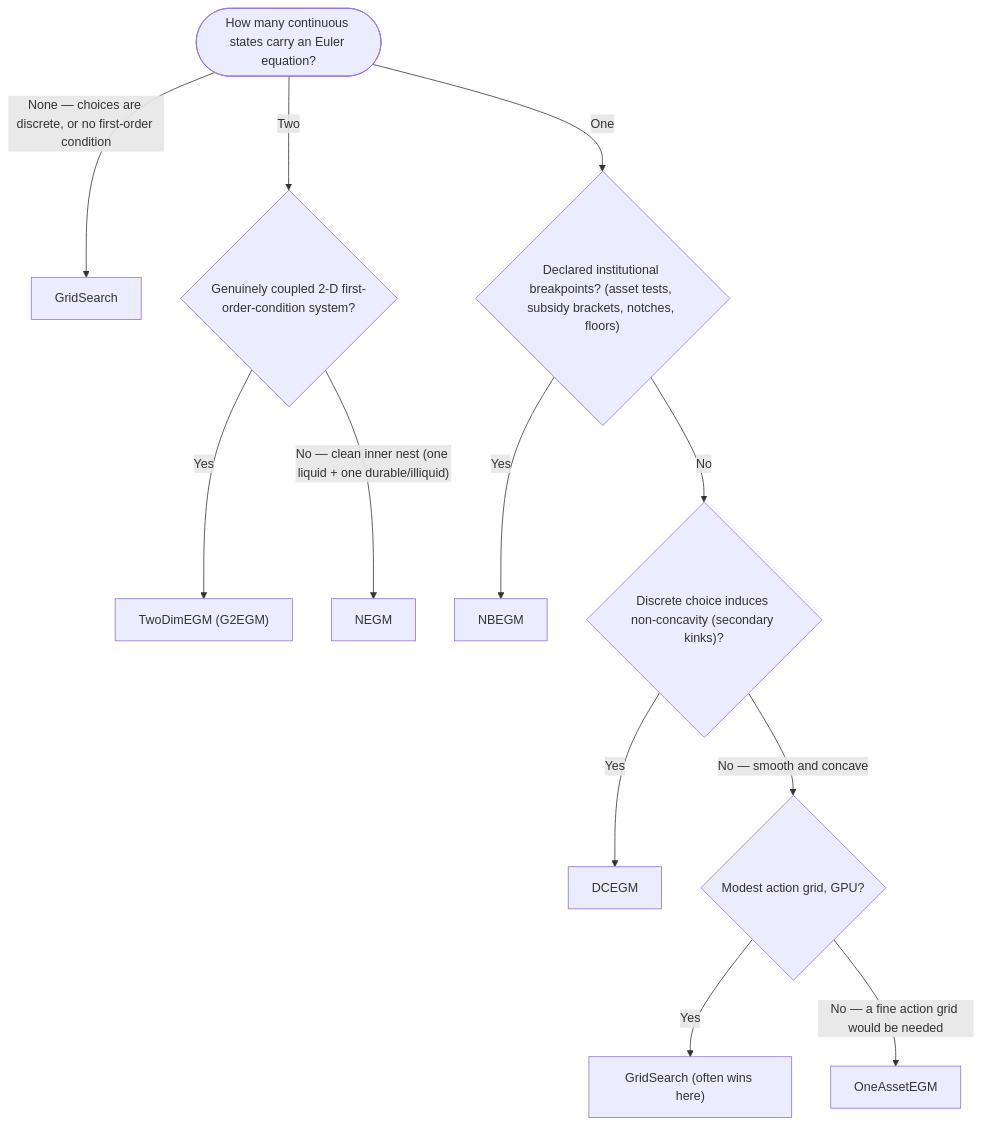
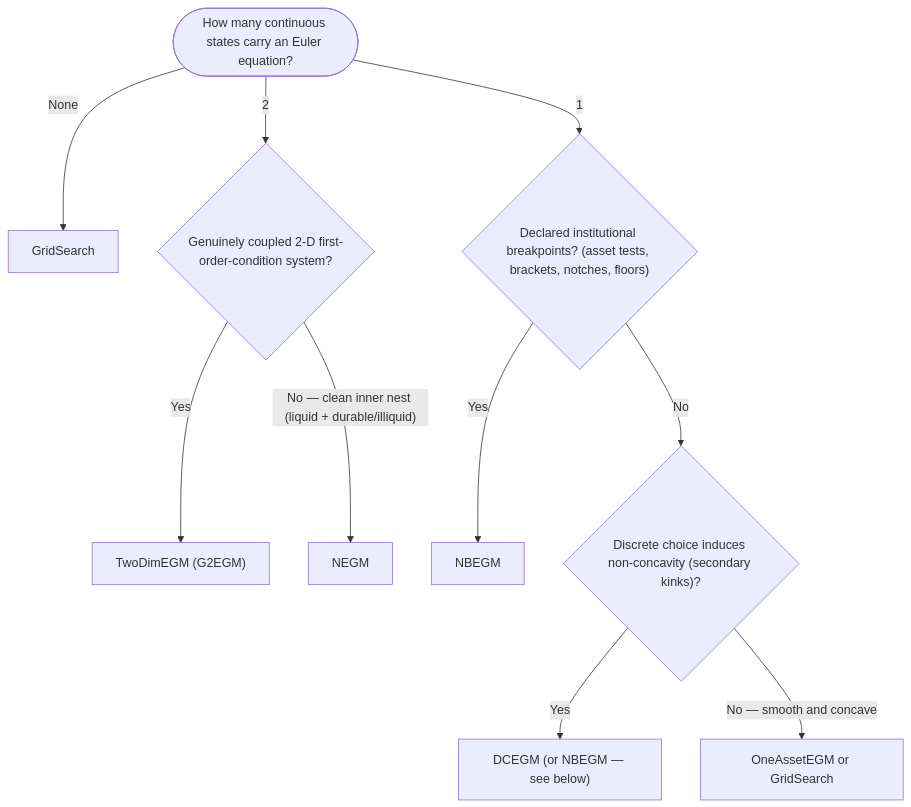
Before and after one commit to OpenSourceEconomics/pylcm: the diagram in docs/user_guide/choosing_a_solver.md, drawn with Mermaid. The commit also changed other lines of this file and 3 other files, not shown here.

````diff
--- a/docs/user_guide/choosing_a_solver.md
+++ b/docs/user_guide/choosing_a_solver.md
@@ -23,19 +25,16 @@
 ```{mermaid}
 flowchart TD
-    start(["How many continuous states carry an Euler equation?"])
-    start -->|"None — choices are discrete, or no first-order condition"| gs0["GridSearch"]
-    start -->|"Two"| q2d{"Genuinely coupled 2-D first-order-condition system?"}
-    start -->|"One"| qbp{"Declared institutional breakpoints? (asset tests, subsidy brackets, notches, floors)"}
+    q0(["How many continuous states carry an Euler equation?"])
+    q0 -->|"None"| gs0["GridSearch"]
+    q0 -->|"1"| qbp{"Declared institutional breakpoints? (asset tests, brackets, notches, floors)"}
+    q0 -->|"2"| q2d{"Genuinely coupled 2-D first-order-condition system?"}
 
     q2d -->|"Yes"| twodim["TwoDimEGM (G2EGM)"]
-    q2d -->|"No — clean inner nest (one liquid + one durable/illiquid)"| negm["NEGM"]
+    q2d -->|"No — clean inner nest (liquid + durable/illiquid)"| negm["NEGM"]
 
     qbp -->|"Yes"| nbegm["NBEGM"]
     qbp -->|"No"| qdc{"Discrete choice induces non-concavity (secondary kinks)?"}
 
-    qdc -->|"Yes"| dcegm["DCEGM"]
-    qdc -->|"No — smooth and concave"| qgrid{"Modest action grid, GPU?"}
-
-    qgrid -->|"Yes"| gs1["GridSearch (often wins here)"]
-    qgrid -->|"No — a fine action grid would be needed"| egm["OneAssetEGM"]
+    qdc -->|"Yes"| dcegm["DCEGM (or NBEGM — see below)"]
+    qdc -->|"No — smooth and concave"| egm["OneAssetEGM or GridSearch"]
 ```
````
